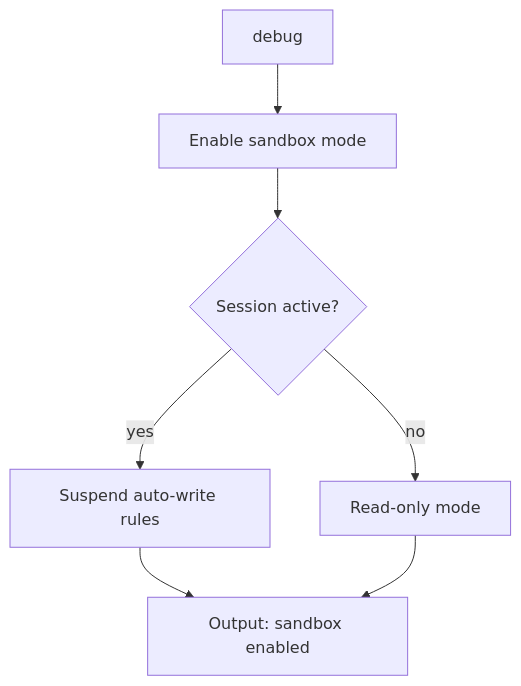
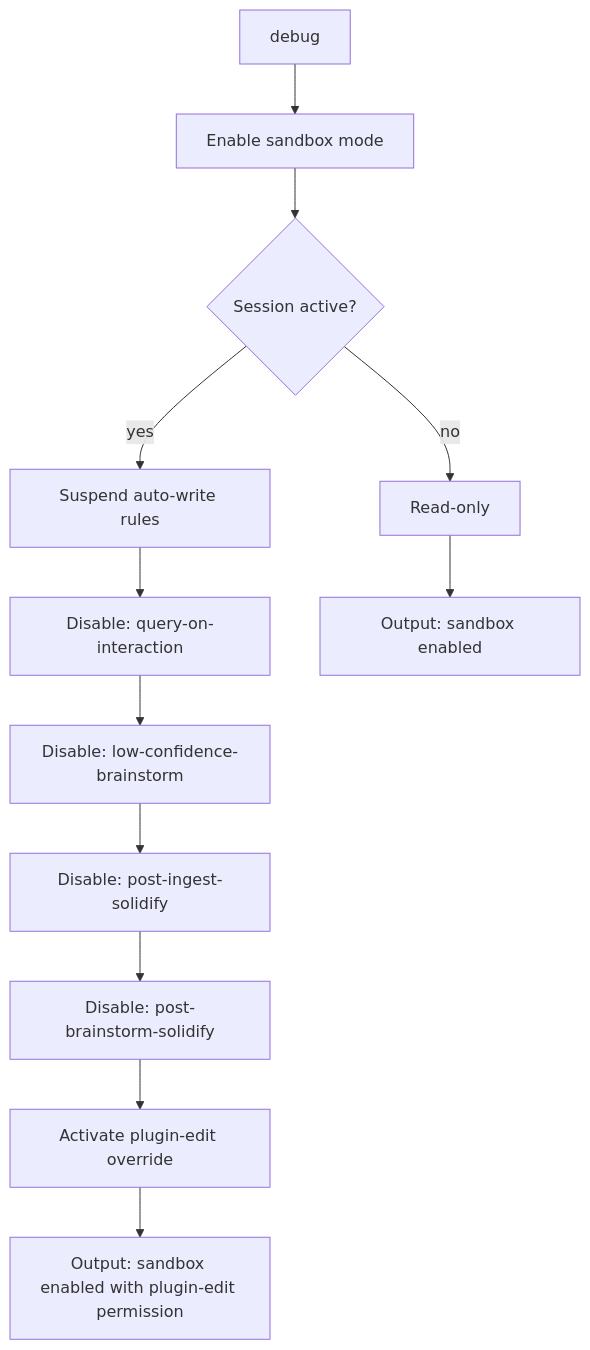
Before and after one commit to gengyabc/baicai-notebook: the second of 17 diagrams in docs/routing-flows.md, drawn with Mermaid. The commit also changed other lines of this file and 12 other files, not shown here.

Commit message:
feat(debug): add plugin-edit override for debug sessions

````diff
--- a/docs/routing-flows.md
+++ b/docs/routing-flows.md
@@ -108,9 +108,14 @@
 ```mermaid
 flowchart TD
     A[debug] --> B[Enable sandbox mode]
     B --> C{Session active?}
     C -->|yes| D[Suspend auto-write rules]
-    C -->|no| E[Read-only mode]
-    D --> F[Output: sandbox enabled]
-    E --> F
+    C -->|no| E[Read-only]
+    D --> F[Disable: query-on-interaction]
+    F --> G[Disable: low-confidence-brainstorm]
+    G --> H[Disable: post-ingest-solidify]
+    H --> I[Disable: post-brainstorm-solidify]
+    I --> J[Activate plugin-edit override]
+    J --> K[Output: sandbox enabled with plugin-edit permission]
+    E --> L[Output: sandbox enabled]
 ```
````
